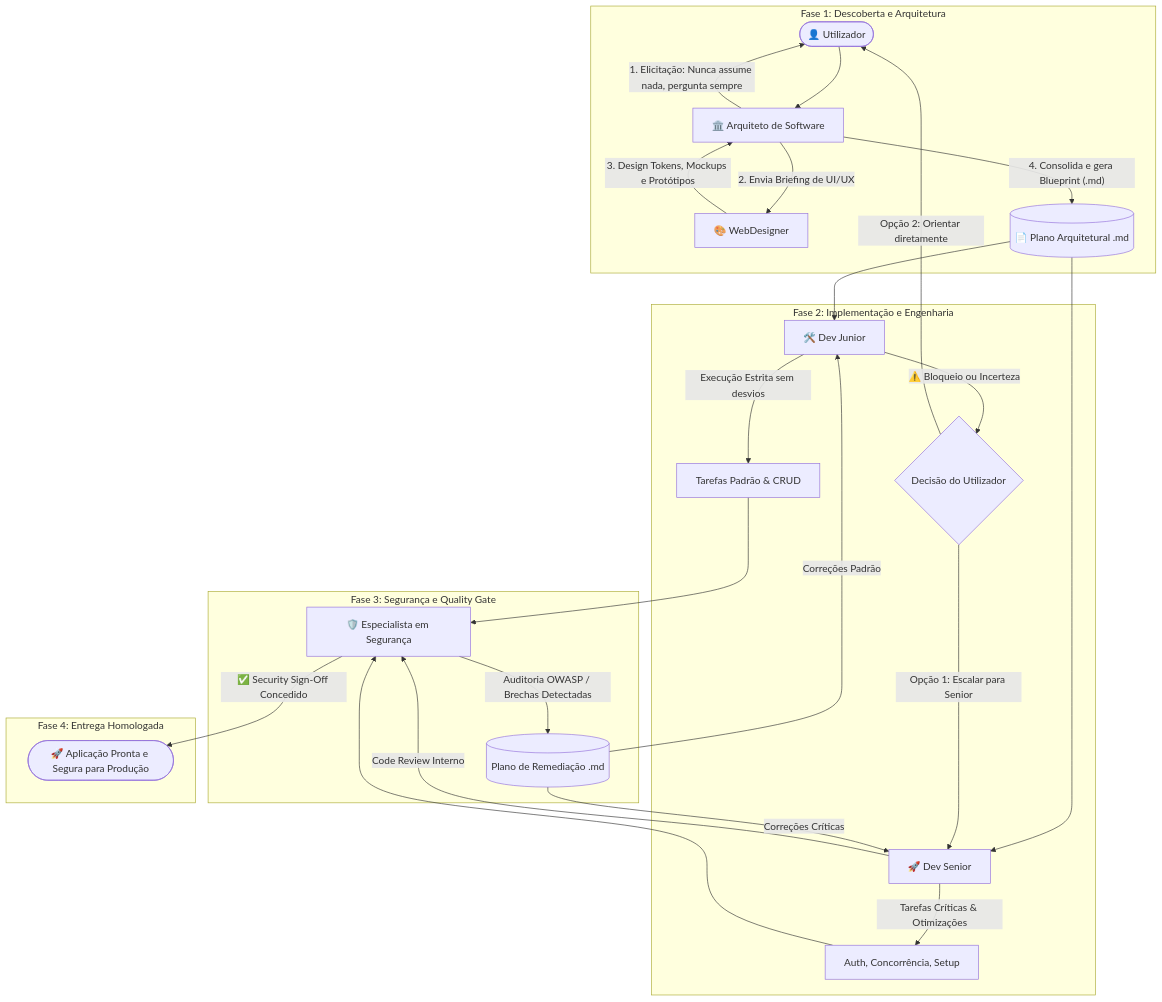
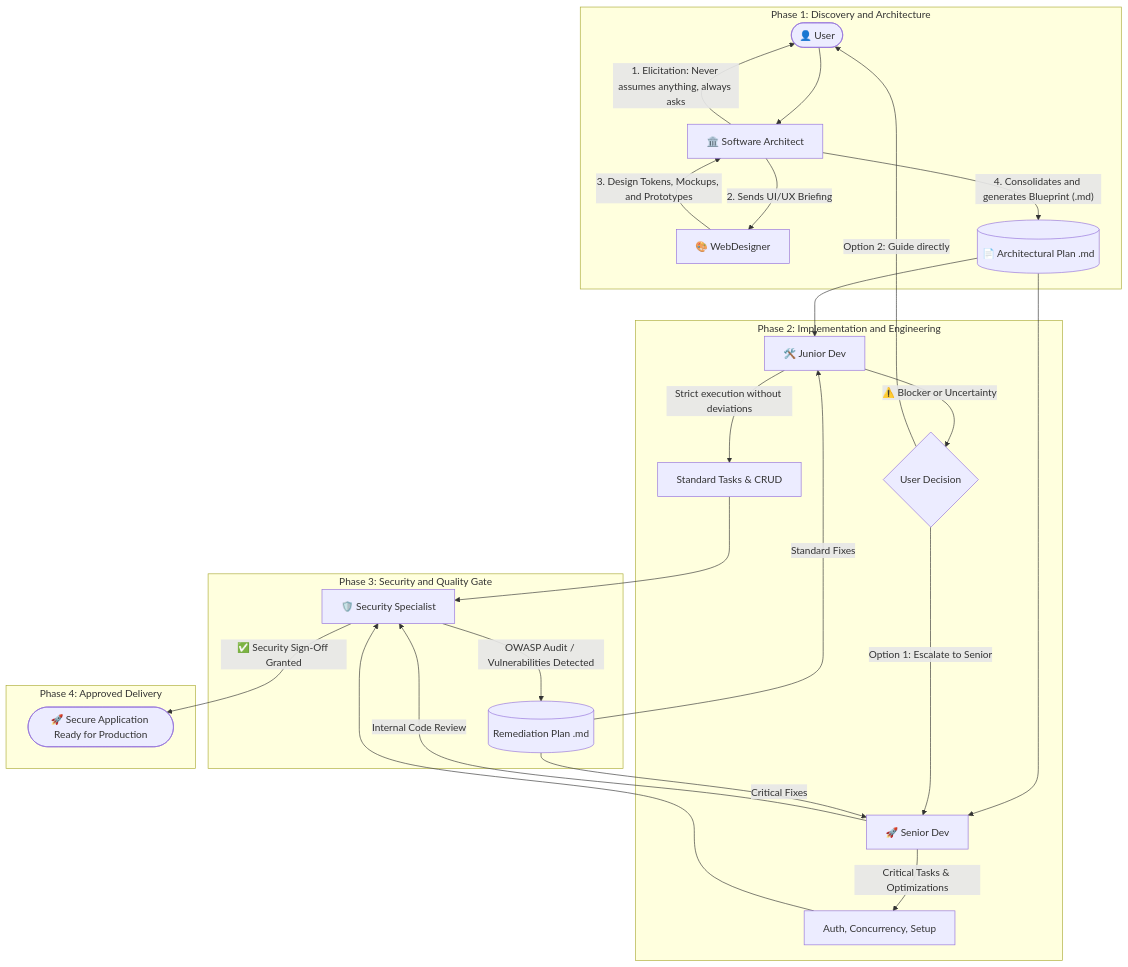
The diagram in README.md (petherbcl/DevAgent), drawn with Mermaid before and after one commit. The commit also changed other lines of this file and 24 other files, not shown here.

````diff
--- a/README.md
+++ b/README.md
@@ -11,37 +11,37 @@
 ```mermaid
 flowchart TD
-    User([👤 Utilizador]) --> Arquiteto[🏛️ Arquiteto de Software]
+    User([👤 User]) --> Arquiteto[🏛️ Software Architect]
     
-    subgraph Fase 1: Descoberta e Arquitetura
-        Arquiteto -- "1. Elicitação: Nunca assume nada, pergunta sempre" --> User
-        Arquiteto -- "2. Envia Briefing de UI/UX" --> WebDesigner[🎨 WebDesigner]
-        WebDesigner -- "3. Design Tokens, Mockups e Protótipos" --> Arquiteto
-        Arquiteto -- "4. Consolida e gera Blueprint (.md)" --> Plan[(📄 Plano Arquitetural .md)]
+    subgraph Phase 1: Discovery and Architecture
+        Arquiteto -- "1. Elicitation: Never assumes anything, always asks" --> User
+        Arquiteto -- "2. Sends UI/UX Briefing" --> WebDesigner[🎨 WebDesigner]
+        WebDesigner -- "3. Design Tokens, Mockups, and Prototypes" --> Arquiteto
+        Arquiteto -- "4. Consolidates and generates Blueprint (.md)" --> Plan[(📄 Architectural Plan .md)]
     end
 
-    subgraph Fase 2: Implementação e Engenharia
-        Plan --> DevJunior[🛠️ Dev Junior]
-        Plan --> DevSenior[🚀 Dev Senior]
+    subgraph Phase 2: Implementation and Engineering
+        Plan --> DevJunior[🛠️ Junior Dev]
+        Plan --> DevSenior[🚀 Senior Dev]
         
-        DevJunior -- "Execução Estrita sem desvios" --> TasksJunior[Tarefas Padrão & CRUD]
-        DevSenior -- "Tarefas Críticas & Otimizações" --> TasksSenior[Auth, Concorrência, Setup]
+        DevJunior -- "Strict execution without deviations" --> TasksJunior[Standard Tasks & CRUD]
+        DevSenior -- "Critical Tasks & Optimizations" --> TasksSenior[Auth, Concurrency, Setup]
         
-        DevJunior -- "⚠️ Bloqueio ou Incerteza" --> EscalationDecision{Decisão do Utilizador}
-        EscalationDecision -- "Opção 1: Escalar para Senior" --> DevSenior
-        EscalationDecision -- "Opção 2: Orientar diretamente" --> User
+        DevJunior -- "⚠️ Blocker or Uncertainty" --> EscalationDecision{User Decision}
+        EscalationDecision -- "Option 1: Escalate to Senior" --> DevSenior
+        EscalationDecision -- "Option 2: Guide directly" --> User
     end
 
-    subgraph Fase 3: Segurança e Quality Gate
-        TasksJunior --> SecurityGate[🛡️ Especialista em Segurança]
+    subgraph Phase 3: Security and Quality Gate
+        TasksJunior --> SecurityGate[🛡️ Security Specialist]
         TasksSenior --> SecurityGate
-        DevSenior -- "Code Review Interno" --> SecurityGate
+        DevSenior -- "Internal Code Review" --> SecurityGate
         
-        SecurityGate -- "Auditoria OWASP / Brechas Detectadas" --> SecPlan[(Plano de Remediação .md)]
-        SecPlan -- "Correções Críticas" --> DevSenior
-        SecPlan -- "Correções Padrão" --> DevJunior
+        SecurityGate -- "OWASP Audit / Vulnerabilities Detected" --> SecPlan[(Remediation Plan .md)]
+        SecPlan -- "Critical Fixes" --> DevSenior
+        SecPlan -- "Standard Fixes" --> DevJunior
     end
 
-    subgraph Fase 4: Entrega Homologada
-        SecurityGate -- "✅ Security Sign-Off Concedido" --> Deliverable([🚀 Aplicação Pronta e Segura para Produção])
+    subgraph Phase 4: Approved Delivery
+        SecurityGate -- "✅ Security Sign-Off Granted" --> Deliverable([🚀 Secure Application Ready for Production])
     end
 ```
````
